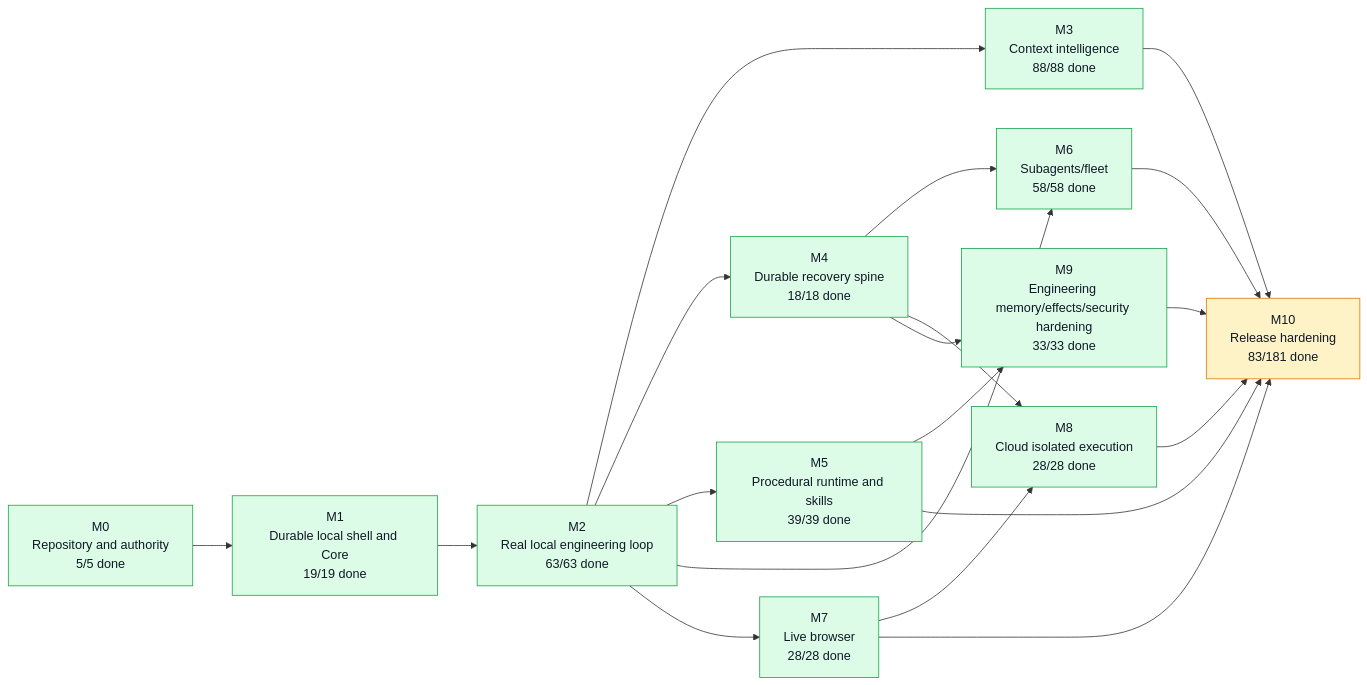
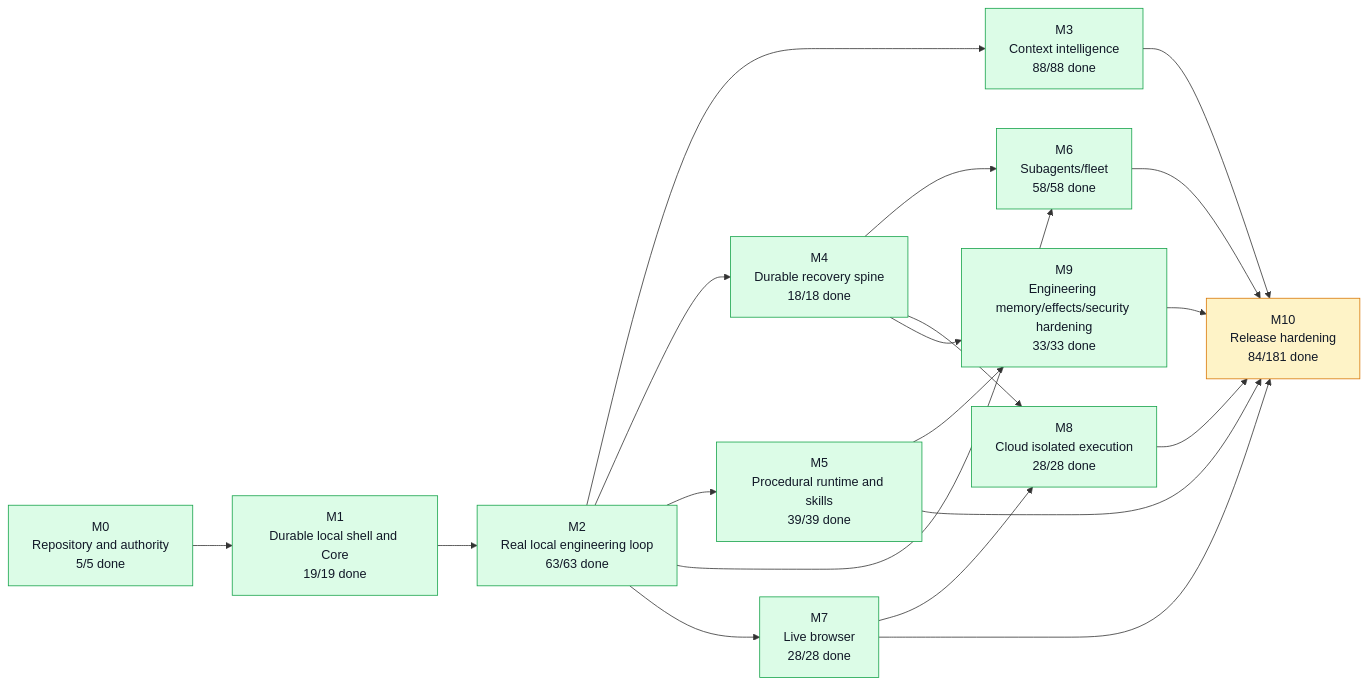
The first of 5 diagrams in graph/PROJECT_GRAPH.md (moss101/modbit), drawn with Mermaid before and after one commit. The commit also changed other lines of this file and 5 other files, not shown here.

````diff
--- a/graph/PROJECT_GRAPH.md
+++ b/graph/PROJECT_GRAPH.md
@@ -57,43 +57,43 @@
 ```mermaid
 flowchart LR
   M0["M0<br/>Repository and authority<br/>5/5 done"]
   M1["M1<br/>Durable local shell and Core<br/>19/19 done"]
   M2["M2<br/>Real local engineering loop<br/>63/63 done"]
   M3["M3<br/>Context intelligence<br/>88/88 done"]
   M4["M4<br/>Durable recovery spine<br/>18/18 done"]
   M5["M5<br/>Procedural runtime and skills<br/>39/39 done"]
   M6["M6<br/>Subagents/fleet<br/>58/58 done"]
   M7["M7<br/>Live browser<br/>28/28 done"]
   M8["M8<br/>Cloud isolated execution<br/>28/28 done"]
   M9["M9<br/>Engineering memory/effects/security hardening<br/>33/33 done"]
-  M10["M10<br/>Release hardening<br/>83/181 done"]
+  M10["M10<br/>Release hardening<br/>84/181 done"]
   M0 --> M1
   M1 --> M2
   M2 --> M3
   M2 --> M4
   M2 --> M5
   M2 --> M6
   M4 --> M6
   M2 --> M7
   M4 --> M8
   M7 --> M8
   M4 --> M9
   M5 --> M9
   M3 --> M10
   M5 --> M10
   M6 --> M10
   M7 --> M10
   M8 --> M10
   M9 --> M10
   style M0 fill:#dcfce7,stroke:#16a34a,color:#111827
   style M1 fill:#dcfce7,stroke:#16a34a,color:#111827
   style M2 fill:#dcfce7,stroke:#16a34a,color:#111827
   style M3 fill:#dcfce7,stroke:#16a34a,color:#111827
   style M4 fill:#dcfce7,stroke:#16a34a,color:#111827
   style M5 fill:#dcfce7,stroke:#16a34a,color:#111827
   style M6 fill:#dcfce7,stroke:#16a34a,color:#111827
   style M7 fill:#dcfce7,stroke:#16a34a,color:#111827
   style M8 fill:#dcfce7,stroke:#16a34a,color:#111827
   style M9 fill:#dcfce7,stroke:#16a34a,color:#111827
   style M10 fill:#fef3c7,stroke:#d97706,color:#111827
 ```
````
